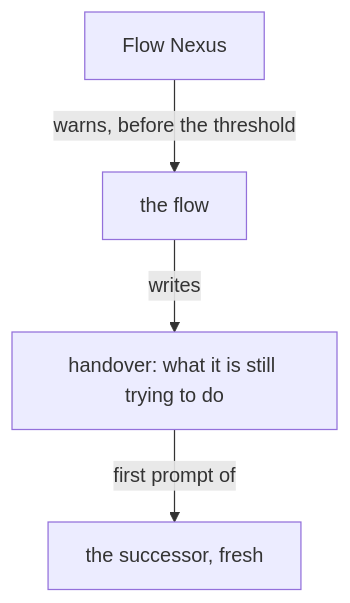
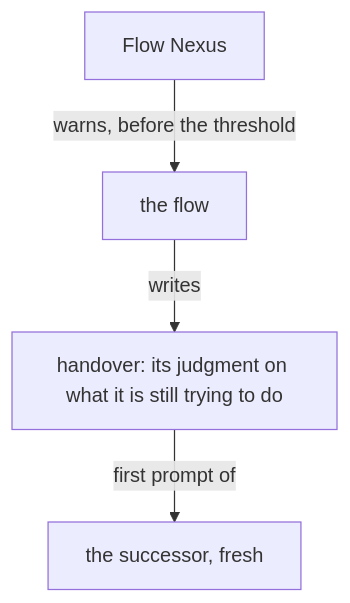
The second of 2 diagrams in vision/remembering.md (LiGoldragon/psyche-belief), drawn with Mermaid before and after one commit. The commit also changed other lines of this file, not shown here.

Commit message:
vision:remembering: a handover carries the flow's judgment, what a successor could get by no look-up; what one command returns, a revision landed, a path, a build's state, the successor fetches (his words on «Two Field lines without a source», 2026-10-13, flows/d68c82/vision/handover.md; landed by Psyche audit Primary 8d6b7b)
Claude-Session: https://claude.ai/code/session_019YVikykTNjgBjzCmKtuWuD

````diff
--- a/vision/remembering.md
+++ b/vision/remembering.md
@@ -49,6 +49,6 @@
 ```mermaid
 flowchart TB
     n["Flow Nexus"] -- "warns, before the threshold" --> f["the flow"]
-    f -- "writes" --> h["handover: what it is still trying to do"]
+    f -- "writes" --> h["handover: its judgment on what it is still trying to do"]
     h -- "first prompt of" --> s["the successor, fresh"]
 ```
````
